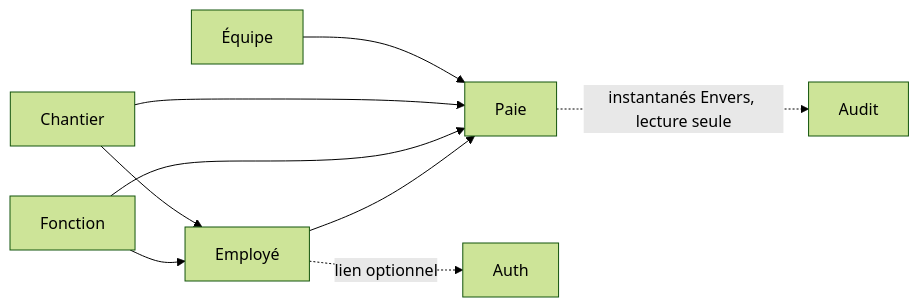
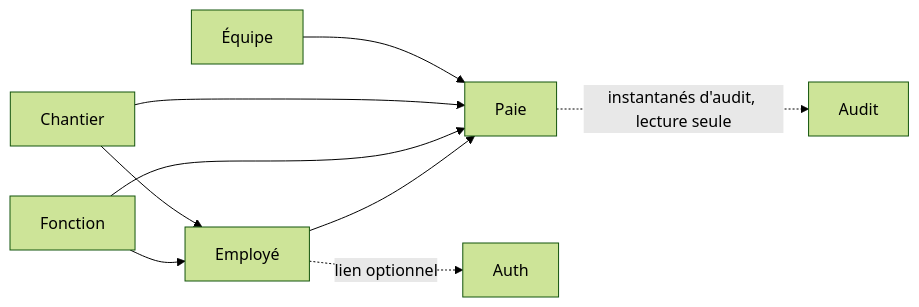
One commit to HmaydaAbdo/Rh-ERP changed the diagram in site/docs/architecture/vue-d-ensemble.md. Above: the diagram before and after it, drawn with Mermaid (forest theme). The commit also changed other lines of this file and 44 other files, not shown here.

Commit message:
KAN-50 Retrait final de Spring : synchronisation planifiée, mesures Prometheus, journaux, OpenAPI, proxy, preuve MCP Node/RS256, test d'architecture et documentation à jour

````diff
--- a/site/docs/architecture/vue-d-ensemble.md
+++ b/site/docs/architecture/vue-d-ensemble.md
@@ -61,11 +63,11 @@
 ```mermaid
 flowchart LR
   Fonction --> Employe[Employé]
   Chantier --> Employe
   Employe --> Paie
   Fonction --> Paie
   Chantier --> Paie
   Equipe[Équipe] --> Paie
-  Paie -.instantanés Envers, lecture seule.-> Audit
+  Paie -.instantanés d'audit, lecture seule.-> Audit
   Employe -.lien optionnel.-> Auth
 ```
````
